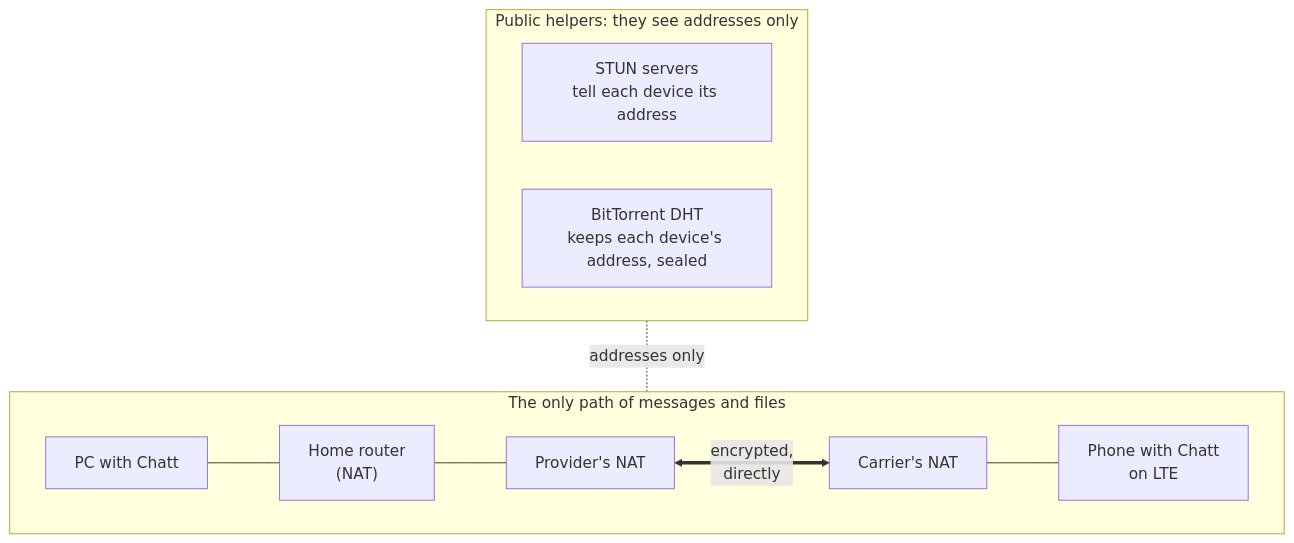
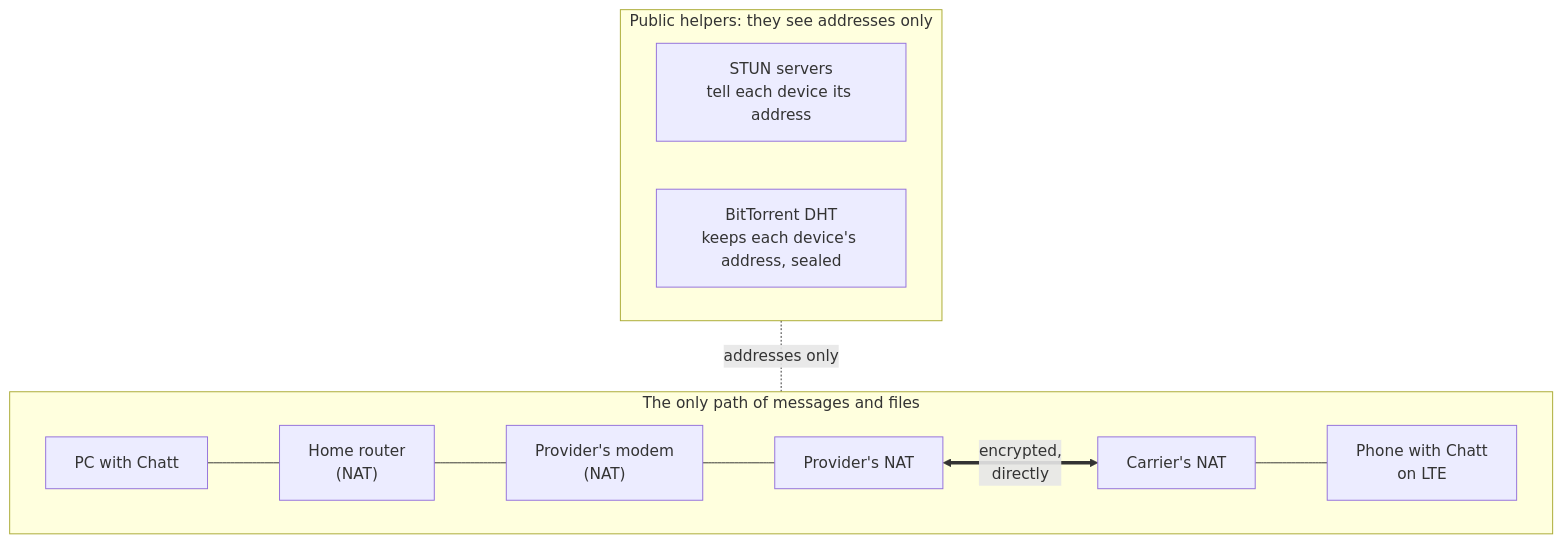
One commit to Mysttic/Chatt changed the first of 2 diagrams in docs/internet.md. Above: the diagram before and after it, drawn with Mermaid. The commit also changed 1 other file, not shown here.

Commit message:
Internet page: the diagram shows all three NAT layers at home (#68)

````diff
--- a/docs/internet.md
+++ b/docs/internet.md
@@ -93,13 +93,13 @@
 ```mermaid
 flowchart TB
     subgraph helpers["Public helpers: they see addresses only"]
         direction LR
         STUN["STUN servers<br/>tell each device its address"]
         DHT["BitTorrent DHT<br/>keeps each device's address, sealed"]
     end
     subgraph path["The only path of messages and files"]
         direction LR
-        PC["PC with Chatt"] --- R1["Home router<br/>(NAT)"] --- R2["Provider's NAT"] <== "encrypted,<br/>directly" ==> CG["Carrier's NAT"] --- TEL["Phone with Chatt<br/>on LTE"]
+        PC["PC with Chatt"] --- R1["Home router<br/>(NAT)"] --- RM["Provider's modem<br/>(NAT)"] --- R2["Provider's NAT"] <== "encrypted,<br/>directly" ==> CG["Carrier's NAT"] --- TEL["Phone with Chatt<br/>on LTE"]
     end
     helpers -. "addresses only" .- path
 ```
````
